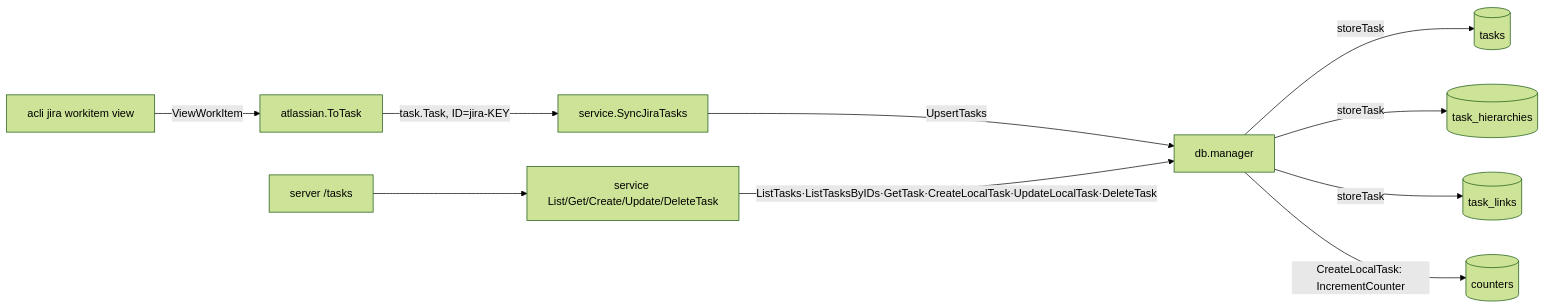
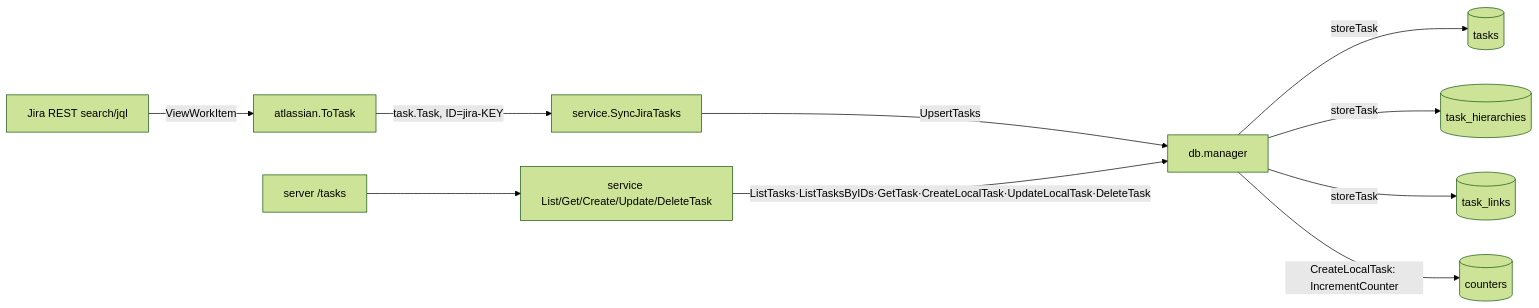
Before and after one commit to byron1st/wharf: the diagram in docs/agents/research/task-id-and-relations.md, drawn with Mermaid (forest theme). The commit also changed other lines of this file and 28 other files, not shown here.

First line of the commit message:
refactor: replace acli jira sync with jira cloud rest api search

````diff
--- a/docs/agents/research/task-id-and-relations.md
+++ b/docs/agents/research/task-id-and-relations.md
@@ -13,12 +13,12 @@
 ```mermaid
 flowchart LR
-    jira[acli jira workitem view] -->|ViewWorkItem| totask[atlassian.ToTask]
+    jira[Jira REST search/jql] -->|ViewWorkItem| totask[atlassian.ToTask]
     totask -->|task.Task, ID=jira-KEY| svc[service.SyncJiraTasks]
     svc -->|UpsertTasks| db[db.manager]
     db -->|storeTask| tasks[(tasks)]
     db -->|storeTask| h[(task_hierarchies)]
     db -->|storeTask| l[(task_links)]
     db -->|CreateLocalTask: IncrementCounter| c[(counters)]
     api[server /tasks] --> svc2[service List/Get/Create/Update/DeleteTask]
     svc2 -->|ListTasks·ListTasksByIDs·GetTask·CreateLocalTask·UpdateLocalTask·DeleteTask| db
 ```
````
